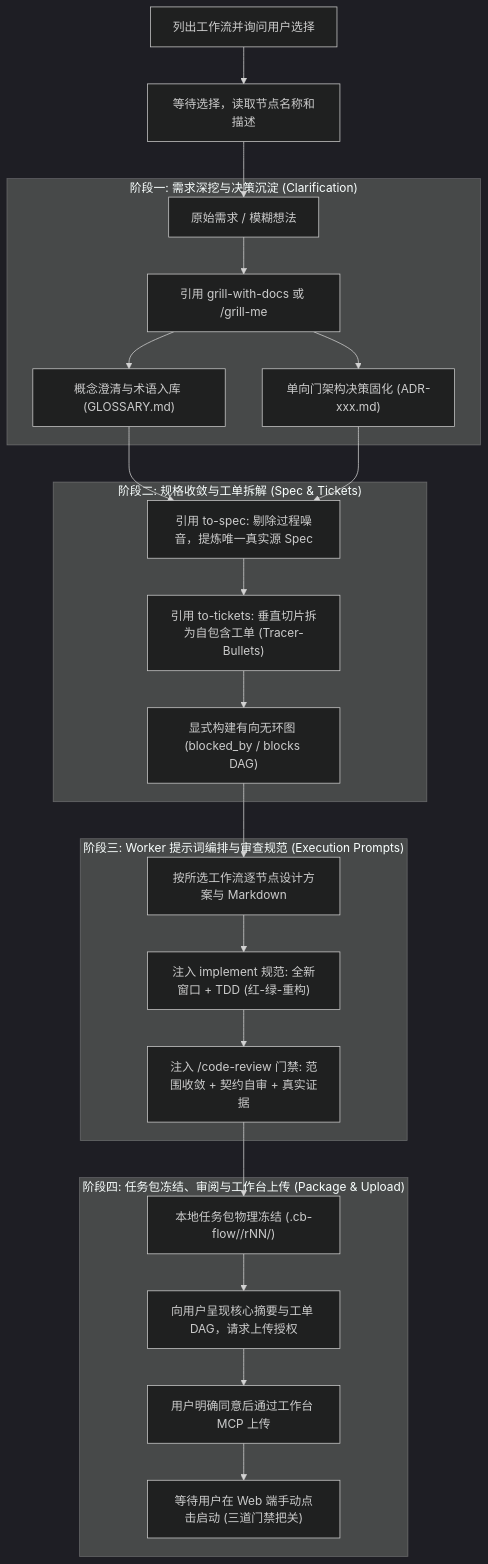
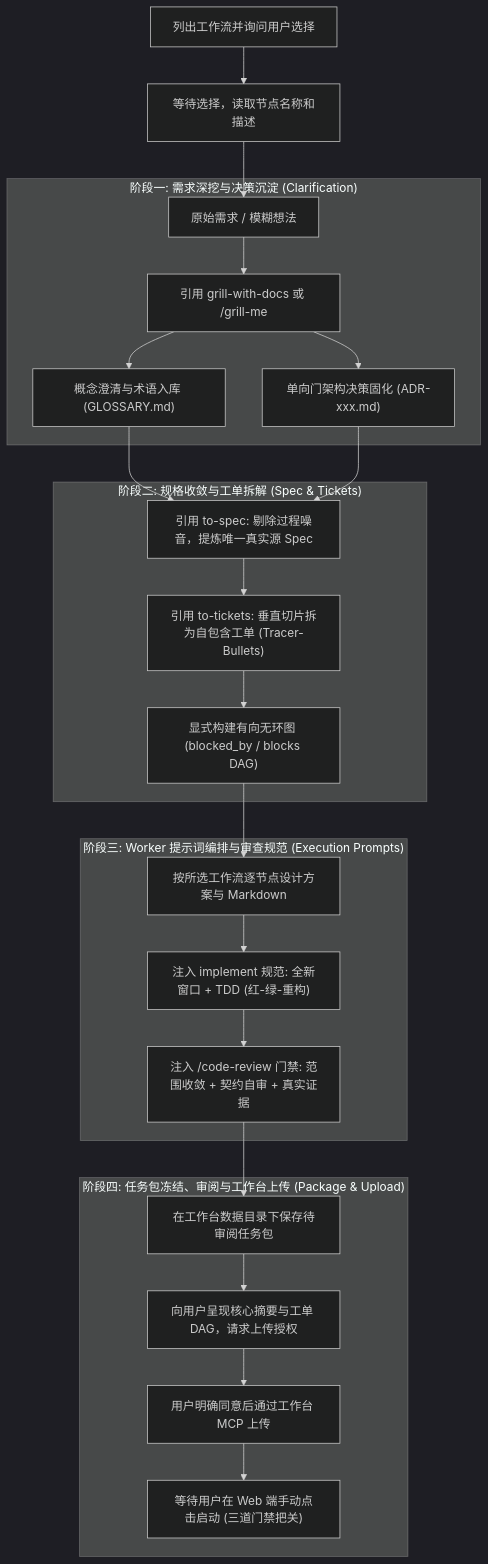
The diagram in skills/cb-flow/SKILL.md (BLuIshCB/CBWorkBench), drawn with Mermaid (dark theme) before and after one commit. The commit also changed other lines of this file and 24 other files, not shown here.

````diff
--- a/skills/cb-flow/SKILL.md
+++ b/skills/cb-flow/SKILL.md
@@ -24,29 +24,29 @@
 ```mermaid
 flowchart TD
     F0["列出工作流并询问用户选择"] --> F1["等待选择，读取节点名称和描述"]
     F1 --> R0
     subgraph Phase1["阶段一: 需求深挖与决策沉淀 (Clarification)"]
         R0["原始需求 / 模糊想法"] --> R1["引用 grill-with-docs 或 /grill-me"]
         R1 --> R2["概念澄清与术语入库 (GLOSSARY.md)"]
         R1 --> R3["单向门架构决策固化 (ADR-xxx.md)"]
     end
 
     subgraph Phase2["阶段二: 规格收敛与工单拆解 (Spec & Tickets)"]
         R2 & R3 --> S1["引用 to-spec: 剔除过程噪音，提炼唯一真实源 Spec"]
         S1 --> S2["引用 to-tickets: 垂直切片拆为自包含工单 (Tracer-Bullets)"]
         S2 --> S3["显式构建有向无环图 (blocked_by / blocks DAG)"]
     end
 
     subgraph Phase3["阶段三: Worker 提示词编排与审查规范 (Execution Prompts)"]
         S3 --> W1["按所选工作流逐节点设计方案与 Markdown"]
         W1 --> W2["注入 implement 规范: 全新窗口 + TDD (红-绿-重构)"]
         W2 --> W3["注入 /code-review 门禁: 范围收敛 + 契约自审 + 真实证据"]
     end
 
     subgraph Phase4["阶段四: 任务包冻结、审阅与工作台上传 (Package & Upload)"]
-        W3 --> P1["本地任务包物理冻结 (.cb-flow/<task-key>/rNN/)"]
+        W3 --> P1["在工作台数据目录下保存待审阅任务包"]
         P1 --> P2["向用户呈现核心摘要与工单 DAG，请求上传授权"]
         P2 --> P3["用户明确同意后通过工作台 MCP 上传"]
         P3 --> P4["等待用户在 Web 端手动点击启动 (三道门禁把关)"]
     end
 ```
````
